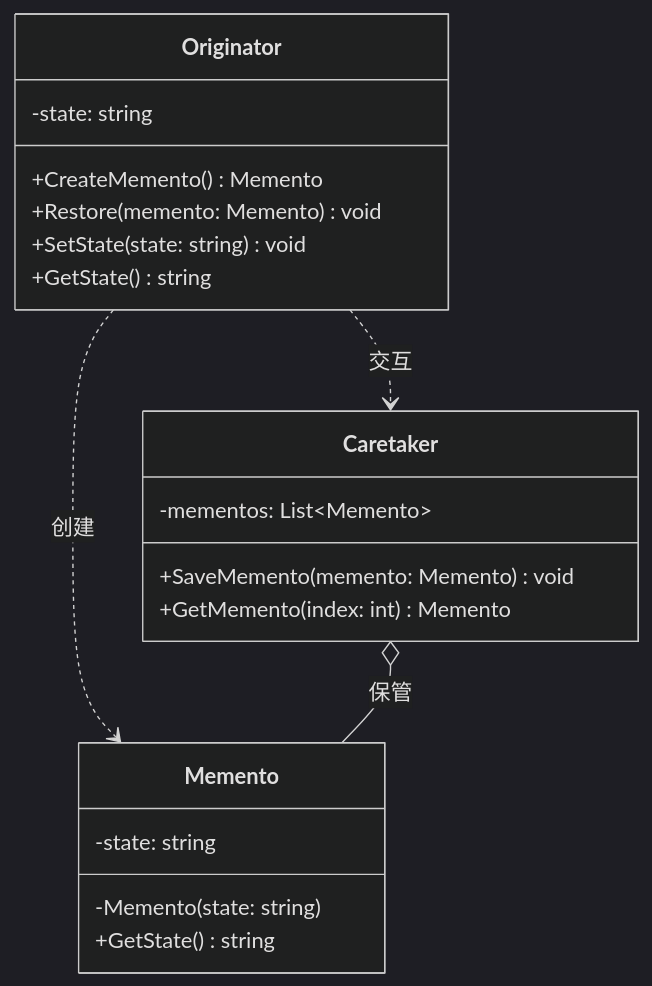
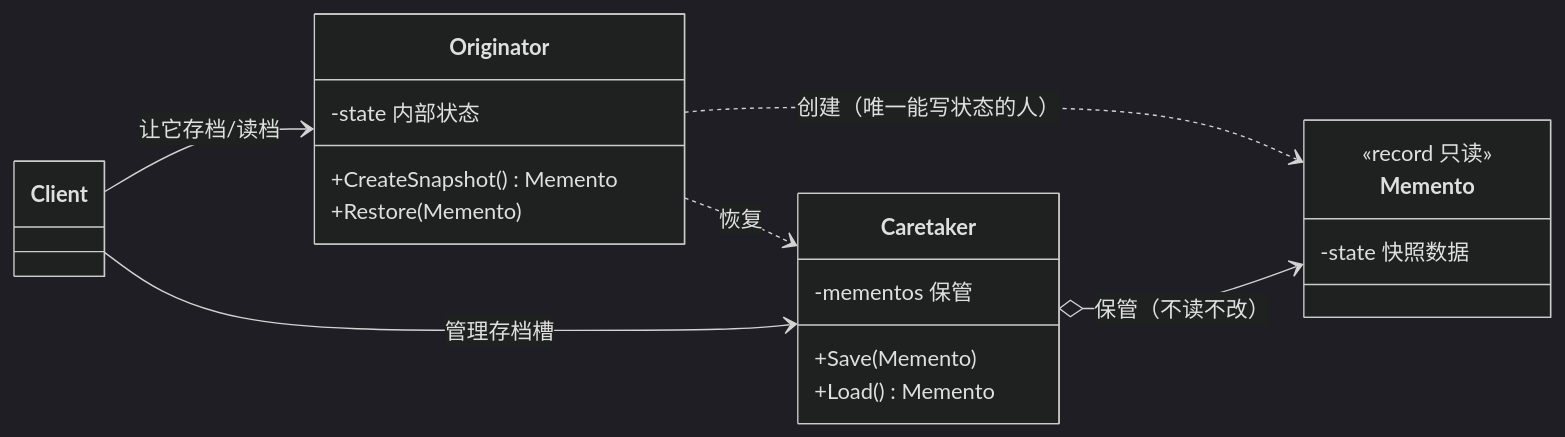
One commit to hollson/design_patterns changed the first of 3 diagrams in MementoPattern/README.md. Above: the diagram before and after it, drawn with Mermaid (dark theme). The commit also changed other lines of this file and 10 other files, not shown here.

Commit message:
Optimize MementoPattern: game-save + transaction-rollback demos

````diff
--- a/MementoPattern/README.md
+++ b/MementoPattern/README.md
@@ -43,24 +17,25 @@
 ```mermaid
 classDiagram
+    direction LR
     class Originator {
-        -state: string
-        +CreateMemento() Memento
-        +Restore(memento: Memento) void
-        +SetState(state: string) void
-        +GetState() string
+        -state 内部状态
+        +CreateSnapshot() Memento
+        +Restore(Memento)
     }
     class Memento {
-        -state: string
-        -Memento(state: string)
-        +GetState() string
+        <<record 只读>>
+        -state 快照数据
     }
     class Caretaker {
-        -mementos: List~Memento~
-        +SaveMemento(memento: Memento) void
-        +GetMemento(index: int) Memento
+        -mementos 保管
+        +Save(Memento)
+        +Load() Memento
     }
+    class Client
 
-    Originator ..> Memento : 创建
-    Caretaker o-- Memento : 保管
-    Originator ..> Caretaker : 交互
+    Client --> Originator : 让它存档/读档
+    Client --> Caretaker : 管理存档槽
+    Originator ..> Memento : 创建（唯一能写状态的人）
+    Caretaker o--> Memento : 保管（不读不改）
+    Originator ..> Caretaker : 恢复
 ```
````
